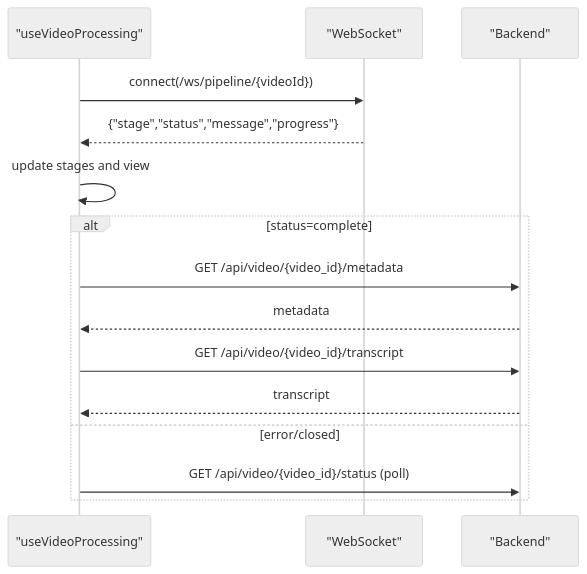
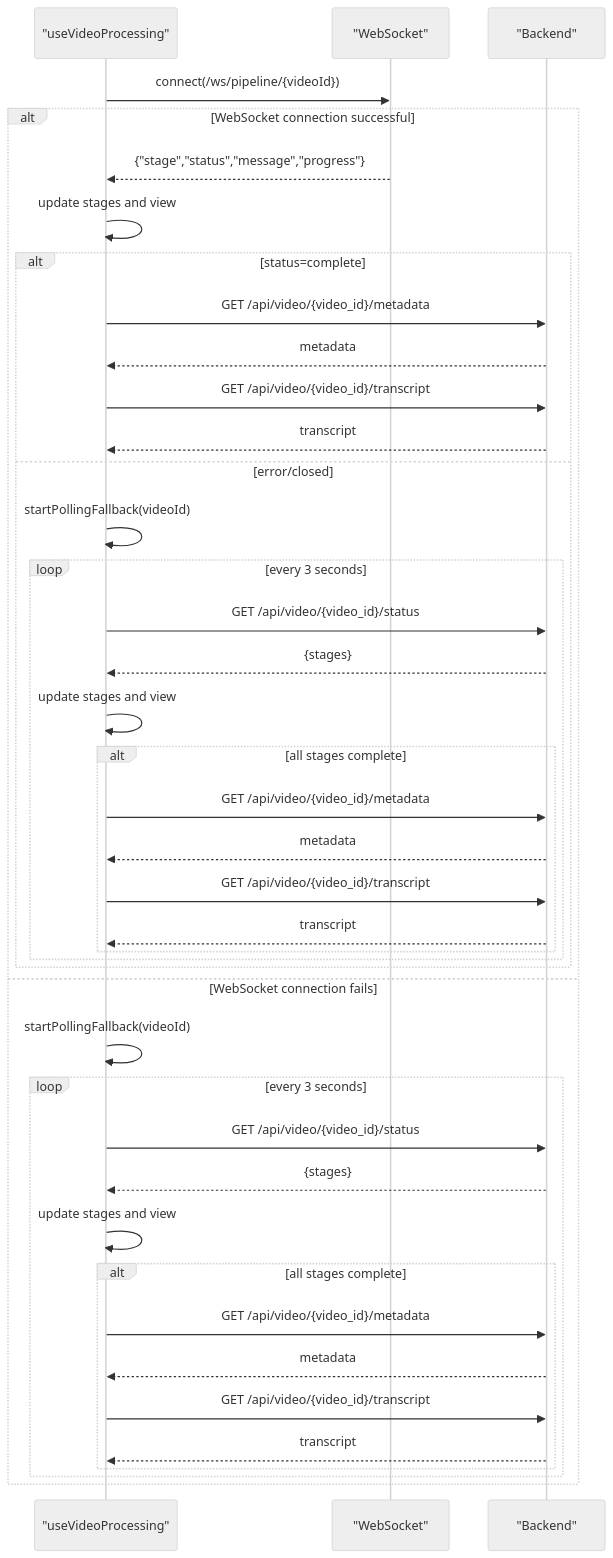
The ninth of 10 diagrams in .qoder/repowiki/en/content/Frontend Application/Frontend Application.md (alexandreybasta-cyber/dubai-media-ai), drawn with Mermaid (neutral theme) before and after one commit. The commit also changed other lines of this file and 20 other files, not shown here.

````diff
--- a/.qoder/repowiki/en/content/Frontend Application/Frontend Application.md
+++ b/.qoder/repowiki/en/content/Frontend Application/Frontend Application.md
@@ -458,17 +504,43 @@
 ```mermaid
 sequenceDiagram
 participant VP as "useVideoProcessing"
 participant WS as "WebSocket"
 participant API as "Backend"
 VP->>WS : connect(/ws/pipeline/{videoId})
+alt WebSocket connection successful
 WS-->>VP : {"stage","status","message","progress"}
 VP->>VP : update stages and view
 alt status=complete
 VP->>API : GET /api/video/{video_id}/metadata
 API-->>VP : metadata
 VP->>API : GET /api/video/{video_id}/transcript
 API-->>VP : transcript
 else error/closed
-VP->>API : GET /api/video/{video_id}/status (poll)
+VP->>VP : startPollingFallback(videoId)
+loop every 3 seconds
+VP->>API : GET /api/video/{video_id}/status
+API-->>VP : {stages}
+VP->>VP : update stages and view
+alt all stages complete
+VP->>API : GET /api/video/{video_id}/metadata
+API-->>VP : metadata
+VP->>API : GET /api/video/{video_id}/transcript
+API-->>VP : transcript
+end
+end
+end
+else WebSocket connection fails
+VP->>VP : startPollingFallback(videoId)
+loop every 3 seconds
+VP->>API : GET /api/video/{video_id}/status
+API-->>VP : {stages}
+VP->>VP : update stages and view
+alt all stages complete
+VP->>API : GET /api/video/{video_id}/metadata
+API-->>VP : metadata
+VP->>API : GET /api/video/{video_id}/transcript
+API-->>VP : transcript
+end
+end
 end
 ```
````
